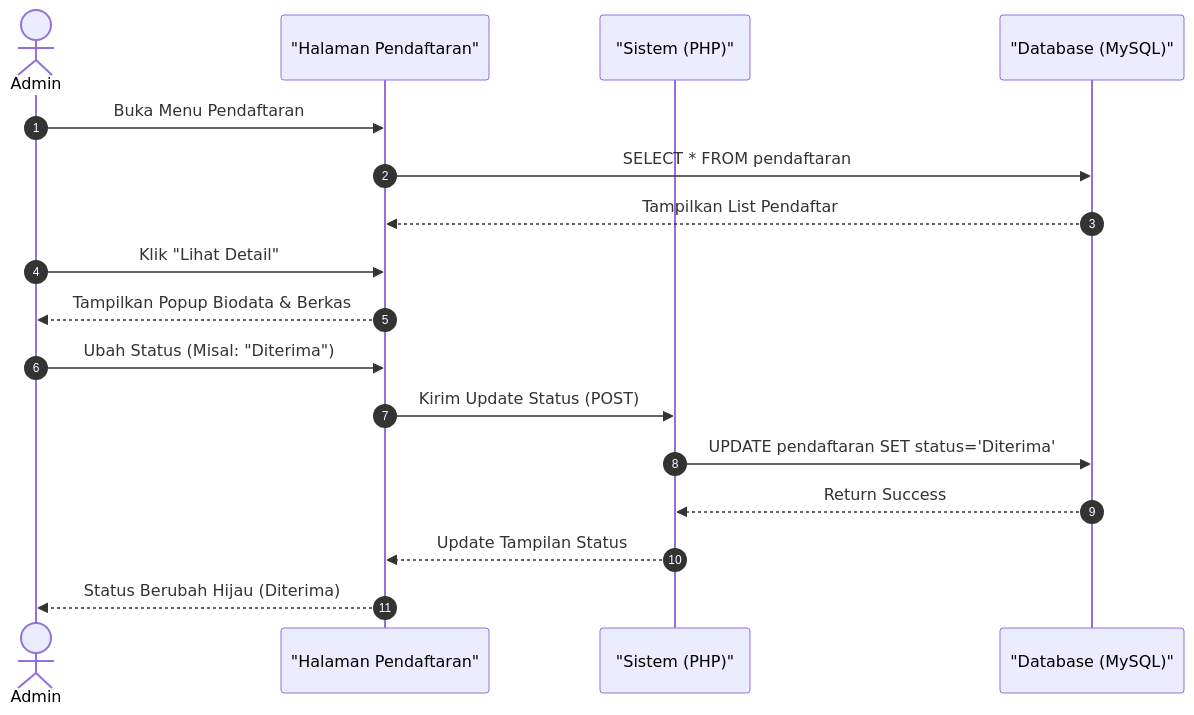
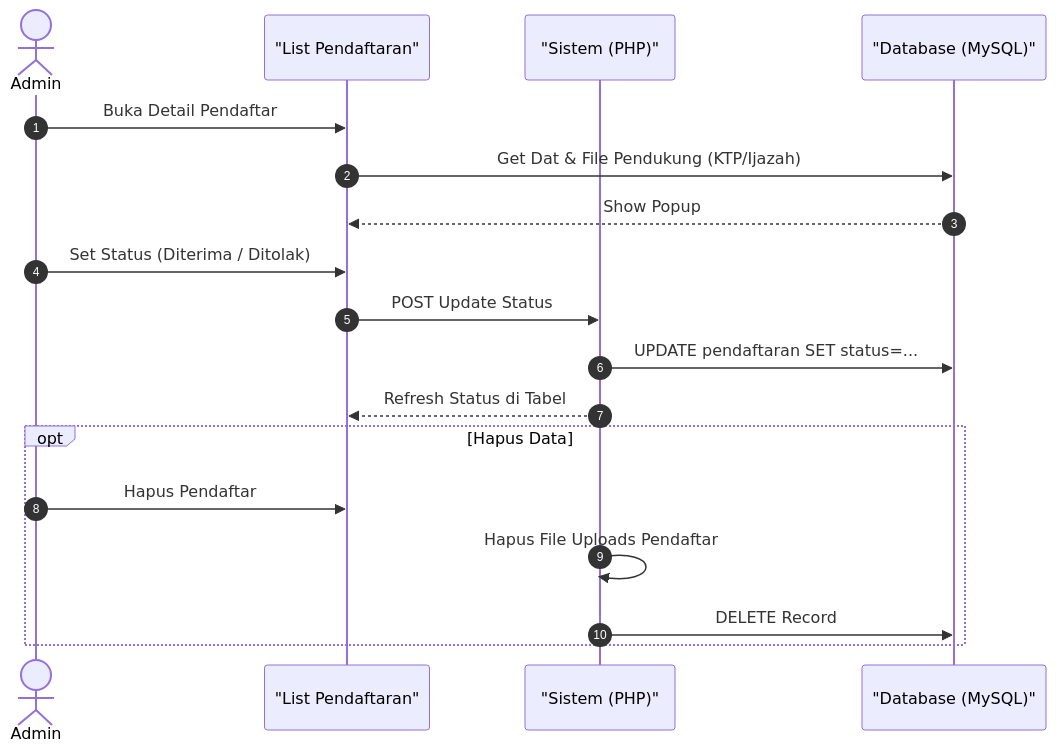
Before and after one commit to arbain-dev/Web_fikom: the ninth of 10 diagrams in docs/sequence_diagram_admin.md, drawn with Mermaid. The commit also changed other lines of this file, not shown here.

Commit message:
Add comprehensive sequence diagrams for all admin modules

````diff
--- a/docs/sequence_diagram_admin.md
+++ b/docs/sequence_diagram_admin.md
@@ -154,23 +310,24 @@
 ```mermaid
 sequenceDiagram
     autonumber
     actor Admin
-    participant View as "Halaman Pendaftaran"
+    participant View as "List Pendaftaran"
     participant System as "Sistem (PHP)"
     participant DB as "Database (MySQL)"
 
-    Admin->>View: Buka Menu Pendaftaran
-    View->>DB: SELECT * FROM pendaftaran
-    DB-->>View: Tampilkan List Pendaftar
-
-    Admin->>View: Klik "Lihat Detail"
-    View-->>Admin: Tampilkan Popup Biodata & Berkas
+    Admin->>View: Buka Detail Pendaftar
+    View->>DB: Get Dat & File Pendukung (KTP/Ijazah)
+    DB-->>View: Show Popup
     
-    Admin->>View: Ubah Status (Misal: "Diterima")
-    View->>System: Kirim Update Status (POST)
-    System->>DB: UPDATE pendaftaran SET status='Diterima'
-    DB-->>System: Return Success
+    Admin->>View: Set Status (Diterima / Ditolak)
+    View->>System: POST Update Status
+    System->>DB: UPDATE pendaftaran SET status=...
     
-    System-->>View: Update Tampilan Status
-    View-->>Admin: Status Berubah Hijau (Diterima)
+    System-->>View: Refresh Status di Tabel
+    
+    opt Hapus Data
+        Admin->>View: Hapus Pendaftar
+        System->>System: Hapus File Uploads Pendaftar
+        System->>DB: DELETE Record
+    end
 ```
````
